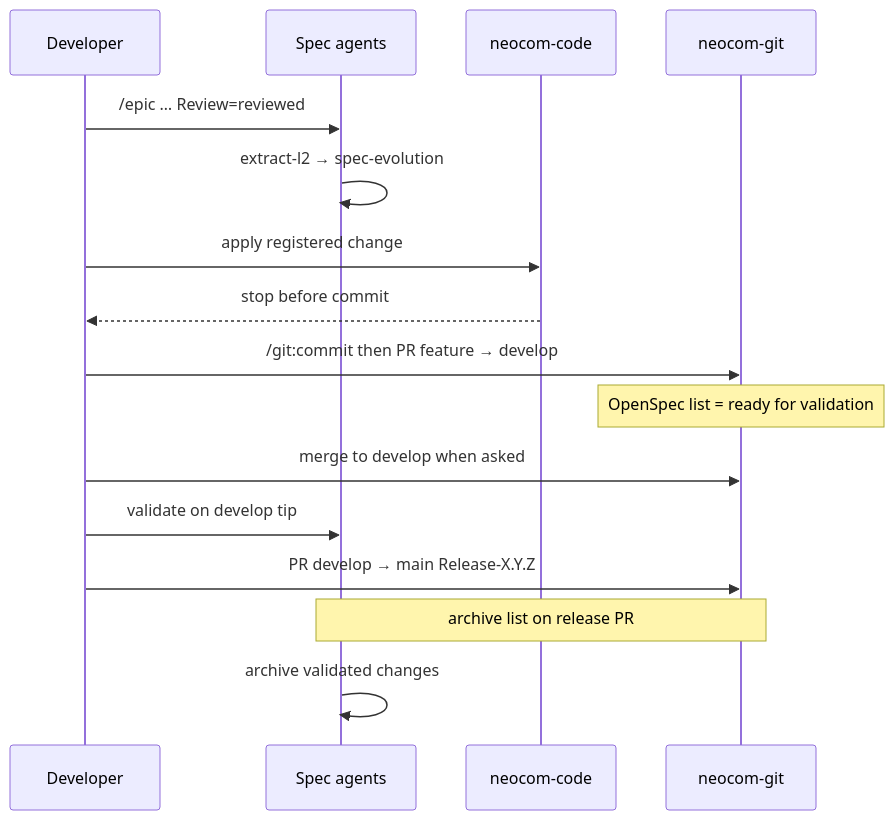
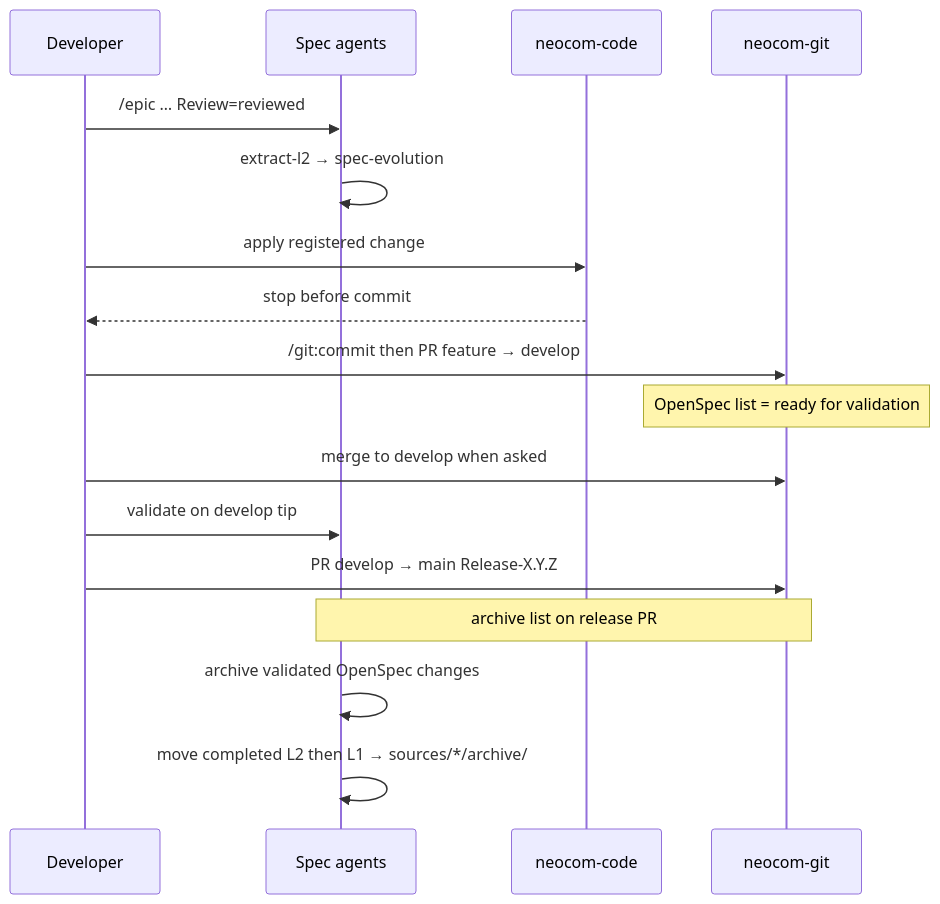
Before and after one commit to AdamAntinoo/neocom-meta: the ninth of 10 diagrams in .dsh/METHODOLOGY.md, drawn with Mermaid. The commit also changed other lines of this file and 17 other files, not shown here.

First line of the commit message:
feat(meta): mark develop-validated OpenSpec changes as applied

````diff
--- a/.dsh/METHODOLOGY.md
+++ b/.dsh/METHODOLOGY.md
@@ -455,19 +499,20 @@
 ```mermaid
 sequenceDiagram
   participant Dev as Developer
   participant Spec as Spec agents
   participant Code as neocom-code
   participant Git as neocom-git
 
   Dev->>Spec: /epic … Review=reviewed
   Spec->>Spec: extract-l2 → spec-evolution
   Dev->>Code: apply registered change
   Code-->>Dev: stop before commit
   Dev->>Git: /git:commit then PR feature → develop
   Note over Git: OpenSpec list = ready for validation
   Dev->>Git: merge to develop when asked
   Dev->>Spec: validate on develop tip
   Dev->>Git: PR develop → main Release-X.Y.Z
   Note over Spec,Git: archive list on release PR
-  Spec->>Spec: archive validated changes
+  Spec->>Spec: archive validated OpenSpec changes
+  Spec->>Spec: move completed L2 then L1 → sources/*/archive/
 ```
````
